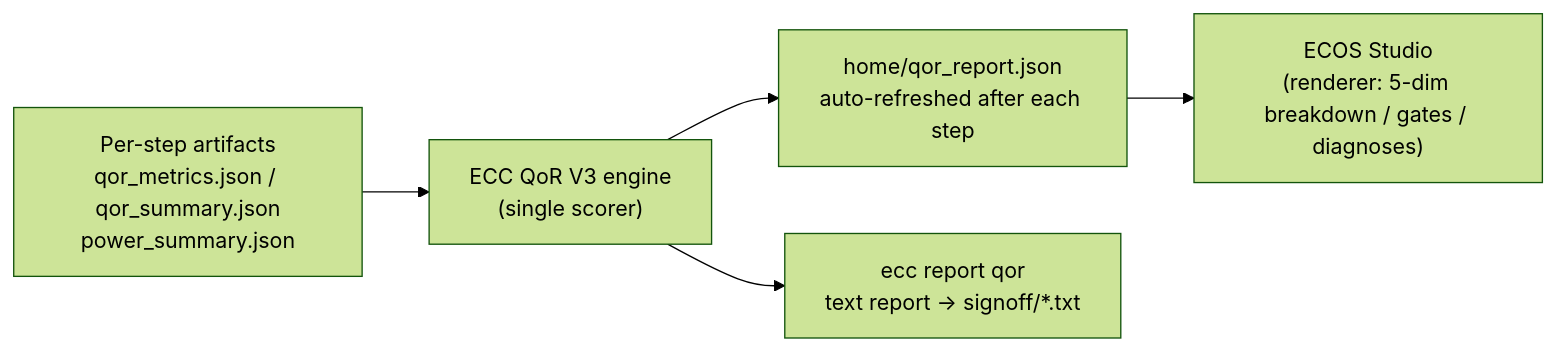
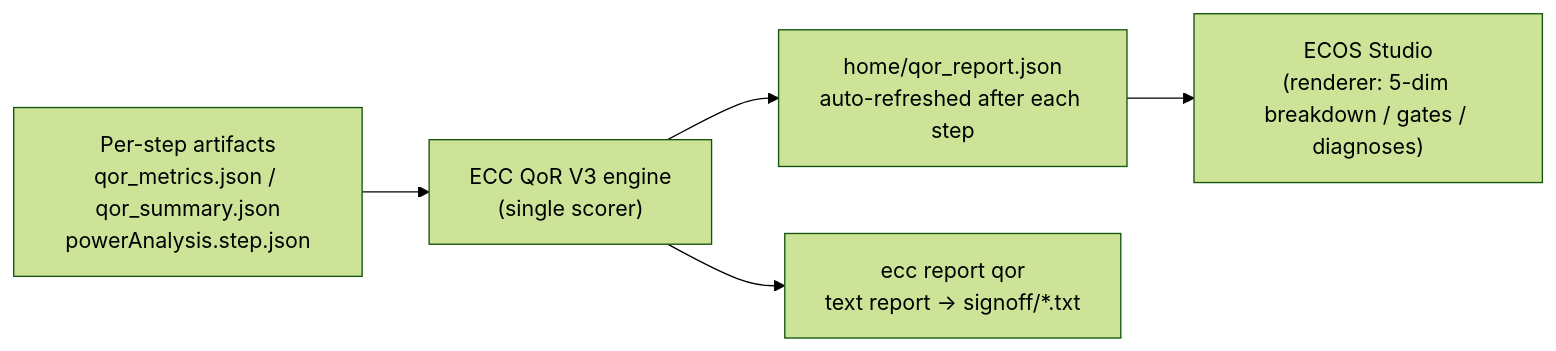
Before and after one commit to openecos-projects/ecc: the diagram in chipcompiler/docs/ecc-qor-ref.en.md, drawn with Mermaid (forest theme). The commit also changed other lines of this file and 12 other files, not shown here.

Commit message:
fix(qor): read power from power analysis step artifact

````diff
--- a/chipcompiler/docs/ecc-qor-ref.en.md
+++ b/chipcompiler/docs/ecc-qor-ref.en.md
@@ -11,7 +11,7 @@
 ```mermaid
 graph LR
-    A["Per-step artifacts<br/>qor_metrics.json / qor_summary.json<br/>power_summary.json"] --> B["ECC QoR V3 engine<br/>(single scorer)"]
+    A["Per-step artifacts<br/>qor_metrics.json / qor_summary.json<br/>powerAnalysis.step.json"] --> B["ECC QoR V3 engine<br/>(single scorer)"]
     B --> C["home/qor_report.json<br/>auto-refreshed after each step"]
     C --> D["ECOS Studio<br/>(renderer: 5-dim breakdown / gates / diagnoses)"]
     B --> E["ecc report qor<br/>text report → signoff/*.txt"]
 ```
````
